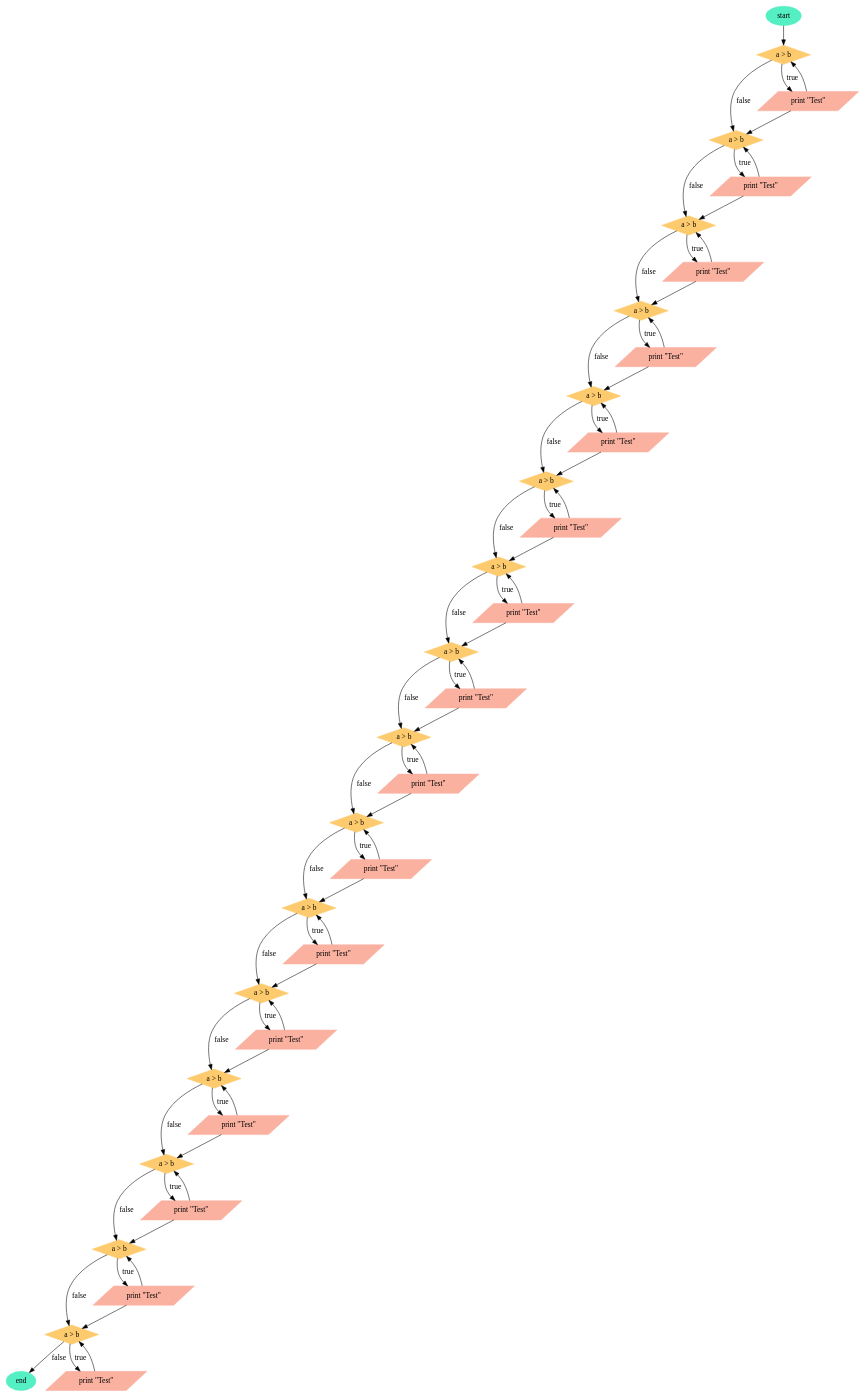
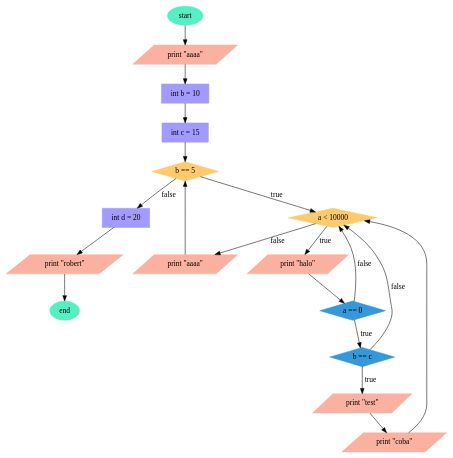
One commit to hengkysanjaya123/FP_AOA_CodeToFlowchart changed the diagram in flowchart.gv. Above: the diagram before and after it, drawn with Graphviz. The commit also changed 4 other files, not shown here.

```diff
--- a/flowchart.gv
+++ b/flowchart.gv
@@ -1,173 +1,83 @@
 strict digraph flowchart {
-	node [shape=diamond]
-	0 [label="a > b" color="#fdcb6e" shape=diamond style=filled]
+	node [color="#fab1a0" shape=parallelogram style=filled]
+	0 [label="print \"aaaa\""]
 	node [rankdir=LR]
 	start [color="#55efc4" shape=oval style=filled]
 	start -> 0
-	0 -> 2 [label=false]
-	0 -> 1 [label=true]
-	node [color="#fab1a0" shape=parallelogram style=filled]
-	1 [label="print \"Test\""]
-	1 [label="print \"Test\"" color="#fab1a0" shape=parallelogram style=filled]
+	1 [label="int b = 10" color="#a29bfe" shape=rectangle style=filled]
+	0 -> 1
+	2 [label="int c = 15" color="#a29bfe" shape=rectangle style=filled]
+	1 -> 2
 	node [shape=diamond]
-	2 [label="a > b" color="#fdcb6e" shape=diamond style=filled]
-	1 -> 2
-	2 -> 4 [label=false]
-	2 -> 3 [label=true]
-	node [color="#fab1a0" shape=parallelogram style=filled]
-	3 [label="print \"Test\""]
-	3 [label="print \"Test\"" color="#fab1a0" shape=parallelogram style=filled]
+	3 [label="b == 5" color="#fdcb6e" shape=diamond style=filled]
+	2 -> 3
+	3 -> 11 [label=false]
+	3 -> 4
+	3 -> 4 [label=true]
 	node [shape=diamond]
-	4 [label="a > b" color="#fdcb6e" shape=diamond style=filled]
+	4 [label="a < 10000" color="#fdcb6e" shape=diamond style=filled]
 	3 -> 4
-	4 -> 6 [label=false]
+	4 -> 10 [label=false]
 	4 -> 5 [label=true]
 	node [color="#fab1a0" shape=parallelogram style=filled]
-	5 [label="print \"Test\""]
-	5 [label="print \"Test\"" color="#fab1a0" shape=parallelogram style=filled]
+	5 [label="print \"halo\""]
+	5 [label="print \"halo\"" color="#fab1a0" shape=parallelogram style=filled]
 	node [shape=diamond]
-	6 [label="a > b" color="#fdcb6e" shape=diamond style=filled]
+	6 [label="a == 0" color="#3498db" shape=diamond style=filled]
 	5 -> 6
-	6 -> 8 [label=false]
+	6 -> 4 [label=false]
+	6 -> 4 [label=false]
+	6 -> 4 [label=false]
+	6 -> 4 [label=false]
+	6 -> 4 [label=false]
+	6 -> 4 [label=false]
+	6 -> 4 [label=false]
+	6 -> 4 [label=false]
+	6 -> 4 [label=false]
+	6 -> 4 [label=false]
+	6 -> 4 [label=false]
+	6 -> 4 [label=false]
+	6 -> 4 [label=false]
 	6 -> 7
 	6 -> 7 [label=true]
+	node [shape=diamond]
+	7 [label="b == c" color="#3498db" shape=diamond style=filled]
+	6 -> 7
+	7 -> 4 [label=false]
+	7 -> 4 [label=false]
+	7 -> 4 [label=false]
+	7 -> 4 [label=false]
+	7 -> 4 [label=false]
+	7 -> 4 [label=false]
+	7 -> 4 [label=false]
+	7 -> 4 [label=false]
+	7 -> 4 [label=false]
+	7 -> 4 [label=false]
+	7 -> 4 [label=false]
+	7 -> 4 [label=false]
+	7 -> 4 [label=false]
+	7 -> 8 [label=true]
 	node [color="#fab1a0" shape=parallelogram style=filled]
-	7 [label="print \"Test\""]
-	7 [label="print \"Test\"" color="#fab1a0" shape=parallelogram style=filled]
-	node [shape=diamond]
-	8 [label="a > b" color="#fdcb6e" shape=diamond style=filled]
-	7 -> 8
-	8 -> 10 [label=false]
+	8 [label="print \"test\""]
+	8 [label="print \"test\"" color="#fab1a0" shape=parallelogram style=filled]
+	node [color="#fab1a0" shape=parallelogram style=filled]
+	9 [label="print \"coba\""]
+	9 [label="print \"coba\"" color="#fab1a0" shape=parallelogram style=filled]
 	8 -> 9
-	8 -> 9 [label=true]
 	node [color="#fab1a0" shape=parallelogram style=filled]
-	9 [label="print \"Test\""]
-	9 [label="print \"Test\"" color="#fab1a0" shape=parallelogram style=filled]
-	node [shape=diamond]
-	10 [label="a > b" color="#fdcb6e" shape=diamond style=filled]
-	9 -> 10
-	10 -> 12 [label=false]
-	10 -> 11 [label=true]
+	10 [label="print \"aaaa\""]
+	10 [label="print \"aaaa\"" color="#fab1a0" shape=parallelogram style=filled]
+	11 [label="int d = 20" color="#a29bfe" shape=rectangle style=filled]
 	node [color="#fab1a0" shape=parallelogram style=filled]
-	11 [label="print \"Test\""]
-	11 [label="print \"Test\"" color="#fab1a0" shape=parallelogram style=filled]
-	node [shape=diamond]
-	12 [label="a > b" color="#fdcb6e" shape=diamond style=filled]
+	12 [label="print \"robert\""]
+	12 [label="print \"robert\"" color="#fab1a0" shape=parallelogram style=filled]
 	11 -> 12
-	12 -> 14 [label=false]
-	12 -> 13
-	12 -> 13 [label=true]
-	node [color="#fab1a0" shape=parallelogram style=filled]
-	13 [label="print \"Test\""]
-	13 [label="print \"Test\"" color="#fab1a0" shape=parallelogram style=filled]
-	node [shape=diamond]
-	14 [label="a > b" color="#fdcb6e" shape=diamond style=filled]
-	13 -> 14
-	14 -> 16 [label=false]
-	14 -> 15
-	14 -> 15 [label=true]
-	node [color="#fab1a0" shape=parallelogram style=filled]
-	15 [label="print \"Test\""]
-	15 [label="print \"Test\"" color="#fab1a0" shape=parallelogram style=filled]
-	node [shape=diamond]
-	16 [label="a > b" color="#fdcb6e" shape=diamond style=filled]
-	15 -> 16
-	16 -> 18 [label=false]
-	16 -> 17 [label=true]
-	node [color="#fab1a0" shape=parallelogram style=filled]
-	17 [label="print \"Test\""]
-	17 [label="print \"Test\"" color="#fab1a0" shape=parallelogram style=filled]
-	node [shape=diamond]
-	18 [label="a > b" color="#fdcb6e" shape=diamond style=filled]
-	17 -> 18
-	18 -> 20 [label=false]
-	18 -> 19
-	18 -> 19 [label=true]
-	node [color="#fab1a0" shape=parallelogram style=filled]
-	19 [label="print \"Test\""]
-	19 [label="print \"Test\"" color="#fab1a0" shape=parallelogram style=filled]
-	node [shape=diamond]
-	20 [label="a > b" color="#fdcb6e" shape=diamond style=filled]
-	19 -> 20
-	20 -> 22 [label=false]
-	20 -> 21
-	20 -> 21 [label=true]
-	node [color="#fab1a0" shape=parallelogram style=filled]
-	21 [label="print \"Test\""]
-	21 [label="print \"Test\"" color="#fab1a0" shape=parallelogram style=filled]
-	node [shape=diamond]
-	22 [label="a > b" color="#fdcb6e" shape=diamond style=filled]
-	21 -> 22
-	22 -> 24 [label=false]
-	22 -> 23 [label=true]
-	node [color="#fab1a0" shape=parallelogram style=filled]
-	23 [label="print \"Test\""]
-	23 [label="print \"Test\"" color="#fab1a0" shape=parallelogram style=filled]
-	node [shape=diamond]
-	24 [label="a > b" color="#fdcb6e" shape=diamond style=filled]
-	23 -> 24
-	24 -> 26 [label=false]
-	24 -> 25
-	24 -> 25 [label=true]
-	node [color="#fab1a0" shape=parallelogram style=filled]
-	25 [label="print \"Test\""]
-	25 [label="print \"Test\"" color="#fab1a0" shape=parallelogram style=filled]
-	node [shape=diamond]
-	26 [label="a > b" color="#fdcb6e" shape=diamond style=filled]
-	25 -> 26
-	26 -> 28 [label=false]
-	26 -> 27
-	26 -> 27 [label=true]
-	node [color="#fab1a0" shape=parallelogram style=filled]
-	27 [label="print \"Test\""]
-	27 [label="print \"Test\"" color="#fab1a0" shape=parallelogram style=filled]
-	node [shape=diamond]
-	28 [label="a > b" color="#fdcb6e" shape=diamond style=filled]
-	27 -> 28
-	28 -> 30 [label=false]
-	28 -> 29 [label=true]
-	node [color="#fab1a0" shape=parallelogram style=filled]
-	29 [label="print \"Test\""]
-	29 [label="print \"Test\"" color="#fab1a0" shape=parallelogram style=filled]
-	node [shape=diamond]
-	30 [label="a > b" color="#fdcb6e" shape=diamond style=filled]
-	29 -> 30
-	end [color="#55efc4" shape=oval style=filled]
-	30 -> end [label=false]
-	30 -> 31 [label=true]
-	node [color="#fab1a0" shape=parallelogram style=filled]
-	31 [label="print \"Test\""]
-	31 [label="print \"Test\"" color="#fab1a0" shape=parallelogram style=filled]
-	1 -> 0
-	1 -> 0
-	3 -> 2
-	3 -> 2
-	5 -> 4
-	5 -> 4
-	7 -> 6
-	7 -> 6
-	9 -> 8
-	9 -> 8
-	11 -> 10
-	11 -> 10
-	13 -> 12
-	13 -> 12
-	15 -> 14
-	15 -> 14
-	17 -> 16
-	17 -> 16
-	19 -> 18
-	19 -> 18
-	21 -> 20
-	21 -> 20
-	23 -> 22
-	23 -> 22
-	25 -> 24
-	25 -> 24
-	27 -> 26
-	27 -> 26
-	29 -> 28
-	29 -> 28
-	31 -> 30
-	31 -> 30
+	6 -> 7
+	6 -> 4
+	7 -> 4
+	9 -> 4
+	10 -> 3
+	10 -> 3
+	1000 [label=end color="#55efc4" shape=oval style=filled]
+	12 -> 1000
 }
```
